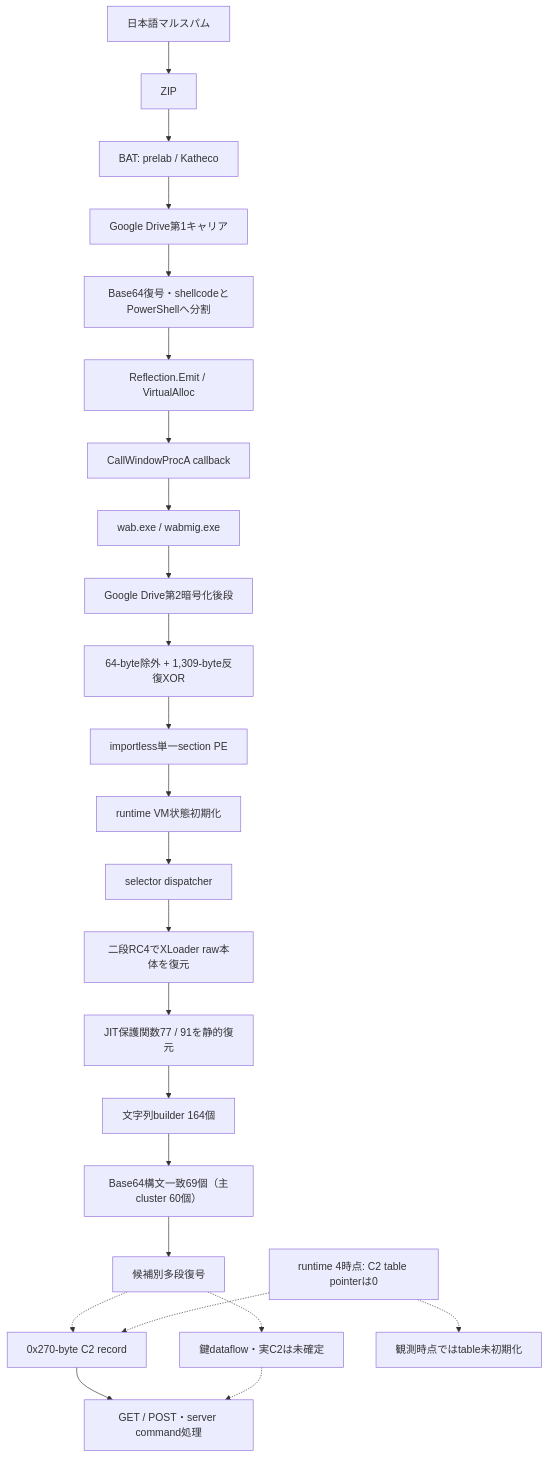
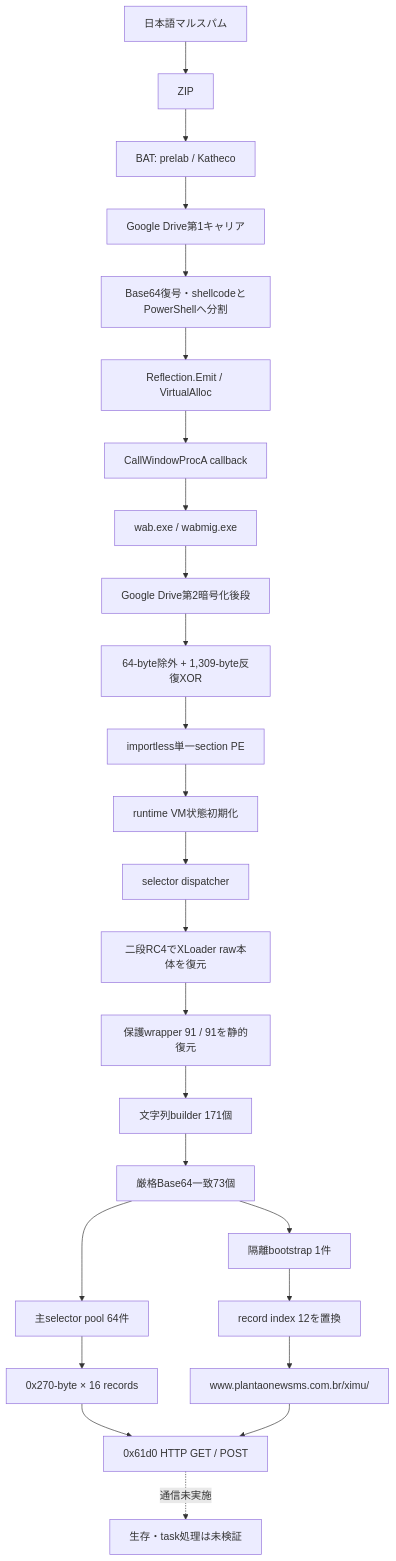
One commit to proshiba/AI-security-analysis changed the first of 4 diagrams in analysis-results/malware/guloader/versions/unknown/cases/8d96249aa92bee27d9ac8ffa8e32e3f8dd3a5c77cbe541b1d0cc97f37e962a1e/OVERALL-LOGIC.md. Above: the diagram before and after it, drawn with Mermaid. The commit also changed other lines of this file and 66 other files, not shown here.

````diff
--- a/analysis-results/malware/guloader/versions/unknown/cases/8d96249aa92bee27d9ac8ffa8e32e3f8dd3a5c77cbe541b1d0cc97f37e962a1e/OVERALL-LOGIC.md
+++ b/analysis-results/malware/guloader/versions/unknown/cases/8d96249aa92bee27d9ac8ffa8e32e3f8dd3a5c77cbe541b1d0cc97f37e962a1e/OVERALL-LOGIC.md
@@ -5,26 +5,27 @@
 ```mermaid
 flowchart TD
     mail["日本語マルスパム"] --> zip["ZIP"]
     zip --> bat["BAT: prelab / Katheco"]
     bat --> carrier["Google Drive第1キャリア"]
     carrier --> split["Base64復号・shellcodeとPowerShellへ分割"]
     split --> loader["Reflection.Emit / VirtualAlloc"]
     loader --> callback["CallWindowProcA callback"]
     callback --> host["wab.exe / wabmig.exe"]
     host --> second["Google Drive第2暗号化後段"]
     second --> protected["64-byte除外 + 1,309-byte反復XOR"]
     protected --> pe["importless単一section PE"]
     pe --> vm_init["runtime VM状態初期化"]
     vm_init --> vm_dispatch["selector dispatcher"]
     vm_dispatch --> inner["二段RC4でXLoader raw本体を復元"]
-    inner --> jit["JIT保護関数77 / 91を静的復元"]
-    jit --> builders["文字列builder 164個"]
-    builders --> b64["Base64構文一致69個（主cluster 60個）"]
-    b64 --> keys["候補別多段復号"]
-    keys -.-> record["0x270-byte C2 record"]
-    record --> net["GET / POST・server command処理"]
-    keys -.-> config["鍵dataflow・実C2は未確定"]
-    config -.-> net
-    snapshot["runtime 4時点: C2 table pointerは0"] -.-> record
-    snapshot -.-> missing["観測時点ではtable未初期化"]
+    inner --> jit["保護wrapper 91 / 91を静的復元"]
+    jit --> builders["文字列builder 171個"]
+    builders --> b64["厳格Base64一致73個"]
+    b64 --> primary["主selector pool 64件"]
+    b64 --> bootstrap["隔離bootstrap 1件"]
+    primary --> record["0x270-byte × 16 records"]
+    bootstrap --> slot12["record index 12を置換"]
+    record --> request["0x61d0 HTTP GET / POST"]
+    slot12 --> c2["www.plantaonewsms.com.br/ximu/"]
+    c2 --> request
+    request -. "通信未実施" .-> unknown["生存・task処理は未検証"]
 ```
````
